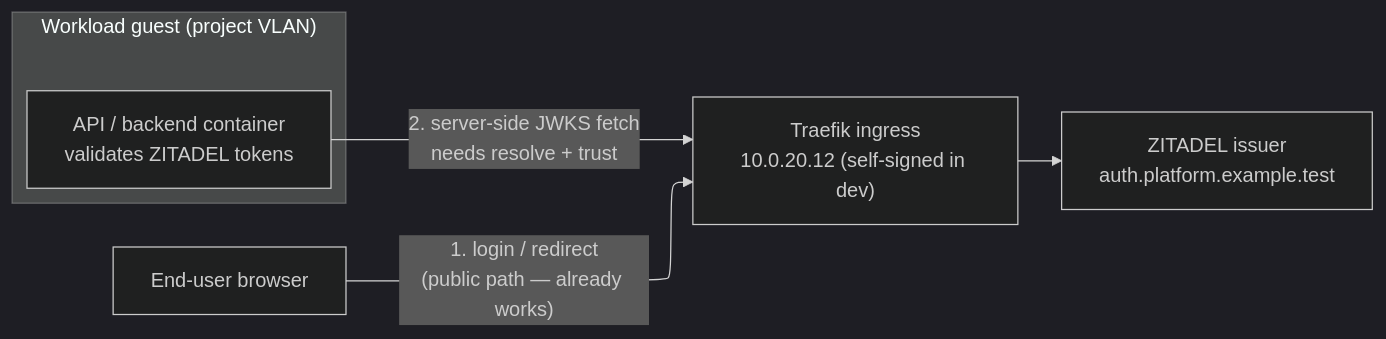
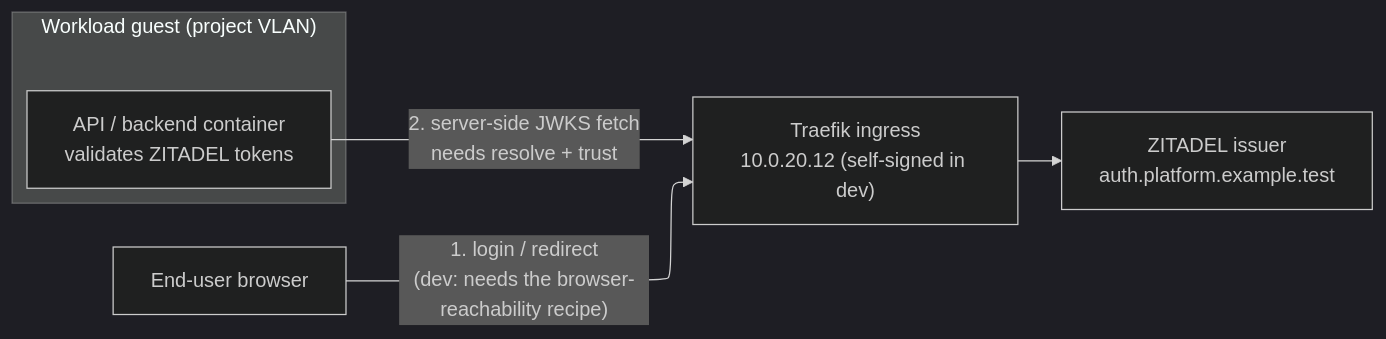
Before and after one commit to xenopz-sd/thepudding: the second of 2 diagrams in docs/CONSUMER-JOURNEY.md, drawn with Mermaid (dark theme). The commit also changed other lines of this file and 46 other files, not shown here.

````diff
--- a/docs/CONSUMER-JOURNEY.md
+++ b/docs/CONSUMER-JOURNEY.md
@@ -332,17 +341,17 @@
 ```mermaid
 ---
 config:
   layout: elk
 ---
 graph LR
     Browser["End-user browser"]
     subgraph guest["Workload guest (project VLAN)"]
         API["API / backend container<br/>validates ZITADEL tokens"]
     end
     Traefik["Traefik ingress<br/>10.0.20.12 (self-signed in dev)"]
     ZITADEL["ZITADEL issuer<br/>auth.platform.example.test"]
 
-    Browser -->|"1. login / redirect<br/>(public path — already works)"| Traefik
+    Browser -->|"1. login / redirect<br/>(dev: needs the browser-reachability recipe)"| Traefik
     API -->|"2. server-side JWKS fetch<br/>needs resolve + trust"| Traefik
     Traefik --> ZITADEL
 ```
````
